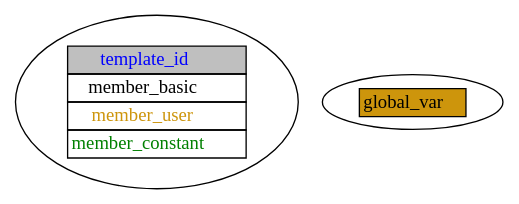
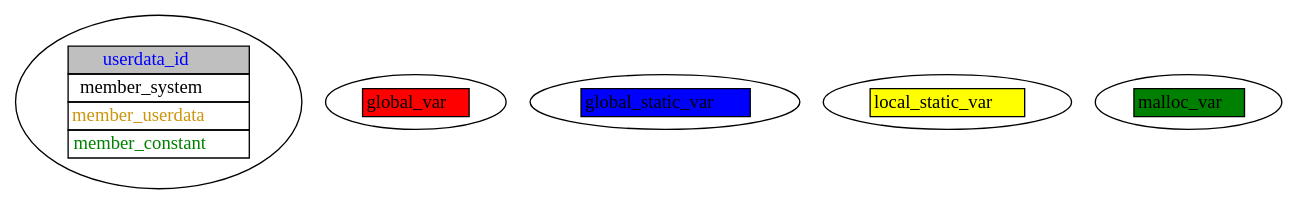
The diagram in docs/graphviz/template.dot (HotZoe/gkide), drawn with Graphviz before and after one commit. The commit also changed 1 other file, not shown here.

Commit message:
docs: global variable flowchart (partly)

```diff
--- a/docs/graphviz/template.dot
+++ b/docs/graphviz/template.dot
@@ -1,17 +1,38 @@
 digraph "template"
 {
+    // TD  Table Data
+    // TR  Table Row
+
     // data structure
-    template_id [label=<
+    userdata_id [label=<
     <TABLE BORDER="0" CELLBORDER="1" CELLSPACING="0">
-        <TR><TD PORT="f0" BGCOLOR="grey75"><FONT COLOR="blue">template_id</FONT></TD></TR>
-        <TR><TD PORT="f1" TITLE="" HREF="">member_basic</TD></TR>
-        <TR><TD PORT="f2" TITLE="" HREF=""><FONT COLOR="darkgoldenrod3">member_user</FONT></TD></TR>
+        <TR><TD PORT="f0" BGCOLOR="grey75"><FONT COLOR="blue">userdata_id</FONT></TD></TR>
+        <TR><TD PORT="f1" TITLE="" HREF="">member_system</TD></TR>
+        <TR><TD PORT="f2" TITLE="" HREF=""><FONT COLOR="darkgoldenrod3">member_userdata</FONT></TD></TR>
         <TR><TD><FONT COLOR="green">member_constant</FONT></TD></TR>
     </TABLE>>];
 
     # global variable
     global_var [label=<
     <TABLE BORDER="0" CELLBORDER="1" CELLSPACING="0">
-        <TR><TD PORT="f0" TITLE="" HREF="" BGCOLOR="darkgoldenrod3"><FONT COLOR="black">global_var</FONT></TD></TR>
+        <TR><TD PORT="f0" TITLE="" HREF="" BGCOLOR="red"><FONT COLOR="black">global_var</FONT></TD></TR>
+    </TABLE>>];
+
+    # global static variable
+    global_static_var [label=<
+    <TABLE BORDER="0" CELLBORDER="1" CELLSPACING="0">
+        <TR><TD PORT="f0" TITLE="" HREF="" BGCOLOR="blue"><FONT COLOR="black">global_static_var</FONT></TD></TR>
+    </TABLE>>];
+
+    # local static variable
+    local_static_var [label=<
+    <TABLE BORDER="0" CELLBORDER="1" CELLSPACING="0">
+        <TR><TD PORT="f0" TITLE="" HREF="" BGCOLOR="yellow"><FONT COLOR="black">local_static_var</FONT></TD></TR>
+    </TABLE>>];
+
+    # malloc variable
+    malloc_var [label=<
+    <TABLE BORDER="0" CELLBORDER="1" CELLSPACING="0">
+        <TR><TD PORT="f0" TITLE="" HREF="" BGCOLOR="green"><FONT COLOR="black">malloc_var</FONT></TD></TR>
     </TABLE>>];
 }
```
